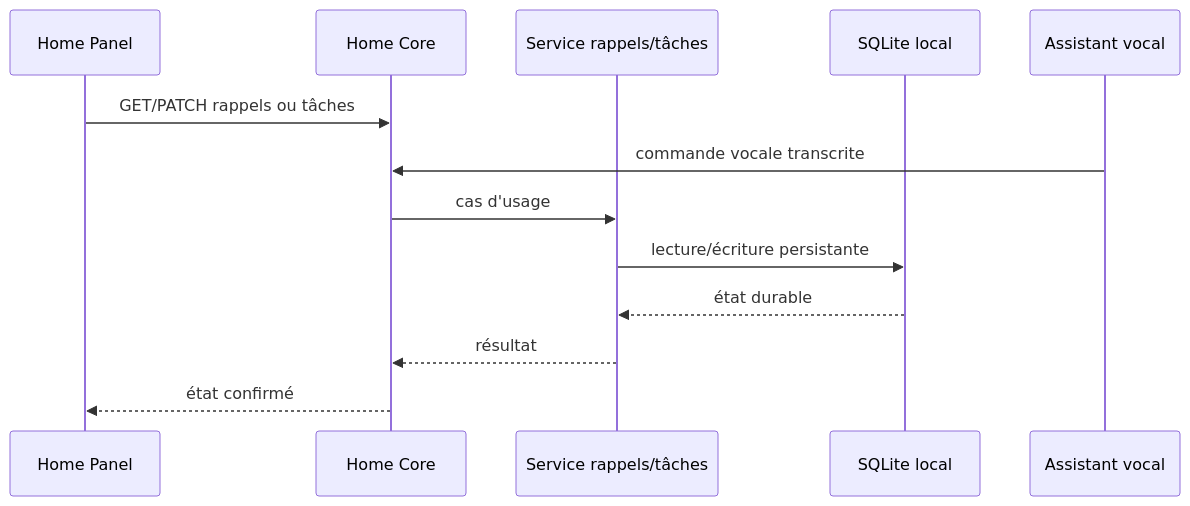
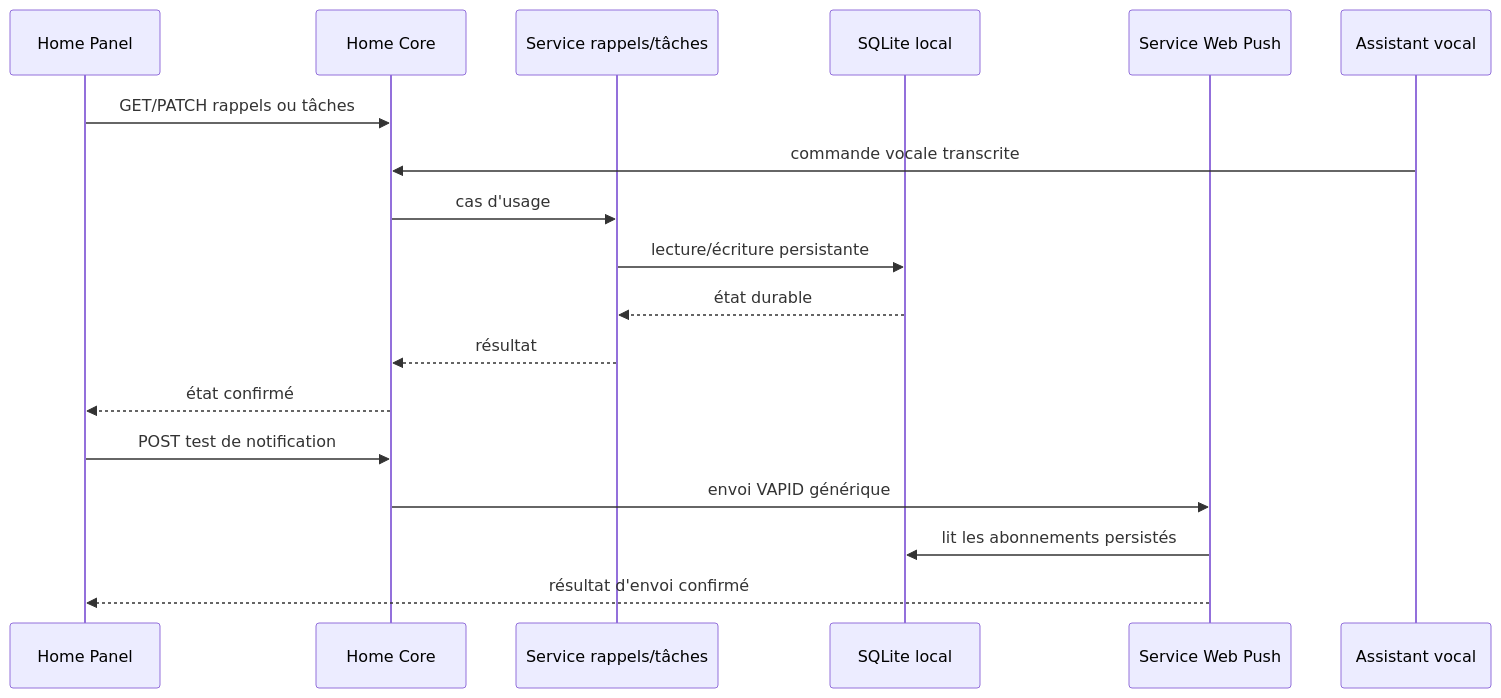
One commit to clementortiz134595/HOME-AI changed the diagram in poles/technique/home-core/architecture/diagrammes/sequence-persistence-foyer.mmd. Above: the diagram before and after it, drawn with Mermaid. The commit also changed 8 other files, not shown here.

Commit message:
feat(notifications): ajoute un envoi push de test

```diff
--- a/poles/technique/home-core/architecture/diagrammes/sequence-persistence-foyer.mmd
+++ b/poles/technique/home-core/architecture/diagrammes/sequence-persistence-foyer.mmd
@@ -1,13 +1,18 @@
 sequenceDiagram
     participant Panel as Home Panel
     participant Core as Home Core
     participant Service as Service rappels/tâches
     participant DB as SQLite local
+    participant Push as Service Web Push
     participant Jarvis as Assistant vocal
     Panel->>Core: GET/PATCH rappels ou tâches
     Jarvis->>Core: commande vocale transcrite
     Core->>Service: cas d'usage
     Service->>DB: lecture/écriture persistante
     DB-->>Service: état durable
     Service-->>Core: résultat
     Core-->>Panel: état confirmé
+    Panel->>Core: POST test de notification
+    Core->>Push: envoi VAPID générique
+    Push->>DB: lit les abonnements persistés
+    Push-->>Panel: résultat d'envoi confirmé
```
